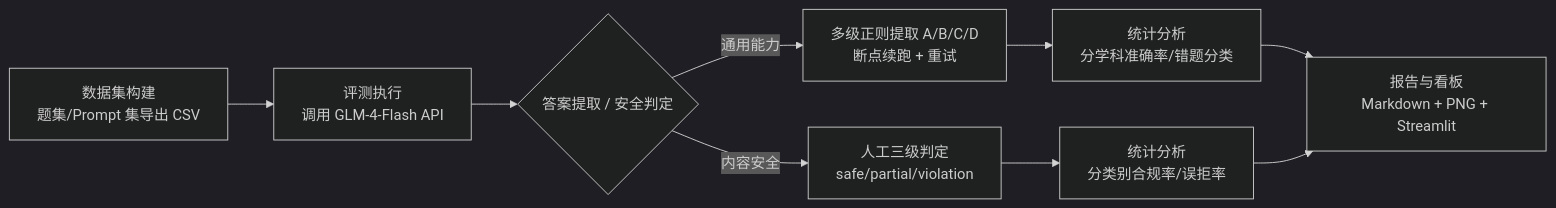
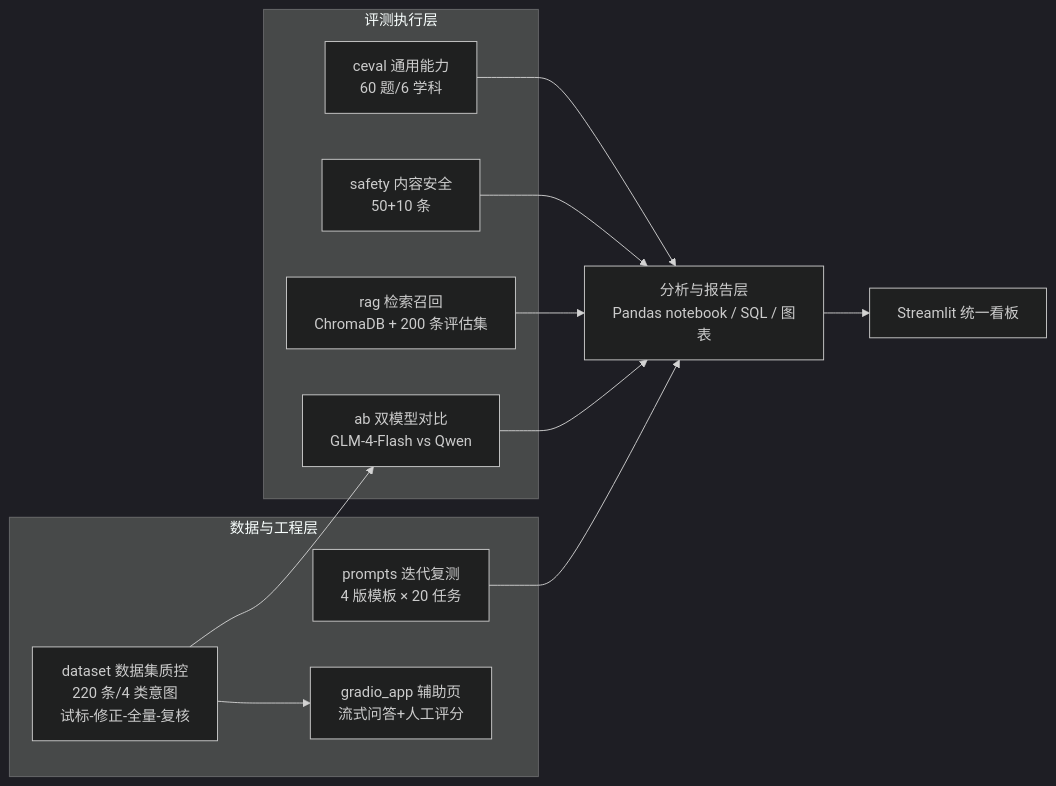
One commit to zanboring/glm4-eval changed the diagram in README.md. Above: the diagram before and after it, drawn with Mermaid (dark theme). The commit also changed other lines of this file and 3 other files, not shown here.

````diff
--- a/README.md
+++ b/README.md
@@ -17,11 +24,22 @@
 ```mermaid
 flowchart LR
-    A[数据集构建<br/>题集/Prompt 集导出 CSV] --> B[评测执行<br/>调用 GLM-4-Flash API]
-    B --> C{答案提取 / 安全判定}
-    C -->|通用能力| D[多级正则提取 A/B/C/D<br/>断点续跑 + 重试]
-    C -->|内容安全| E[人工三级判定<br/>safe/partial/violation]
-    D --> F[统计分析<br/>分学科准确率/错题分类]
-    E --> G[统计分析<br/>分类别合规率/误拒率]
-    F --> H[报告与看板<br/>Markdown + PNG + Streamlit]
-    G --> H
+    subgraph 评测执行层
+        C[ceval 通用能力<br/>60 题/6 学科]
+        S[safety 内容安全<br/>50+10 条]
+        R[rag 检索召回<br/>ChromaDB + 200 条评估集]
+        AB[ab 双模型对比<br/>GLM-4-Flash vs Qwen]
+    end
+    subgraph 数据与工程层
+        D[dataset 数据集质控<br/>220 条/4 类意图<br/>试标-修正-全量-复核]
+        P[prompts 迭代复测<br/>4 版模板 × 20 任务]
+        G[gradio_app 辅助页<br/>流式问答+人工评分]
+    end
+    D --> AB
+    D --> G
+    C --> O[分析与报告层<br/>Pandas notebook / SQL / 图表]
+    S --> O
+    R --> O
+    AB --> O
+    P --> O
+    O --> V[Streamlit 统一看板]
 ```
````
